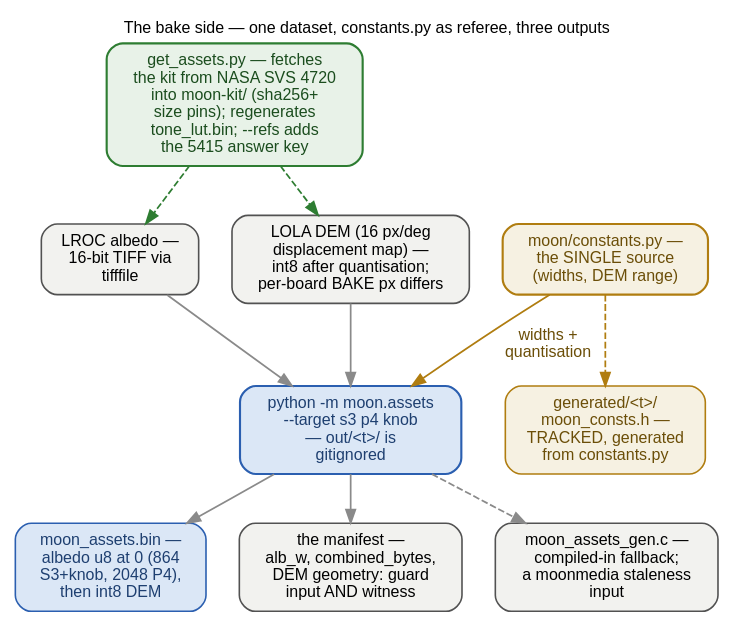
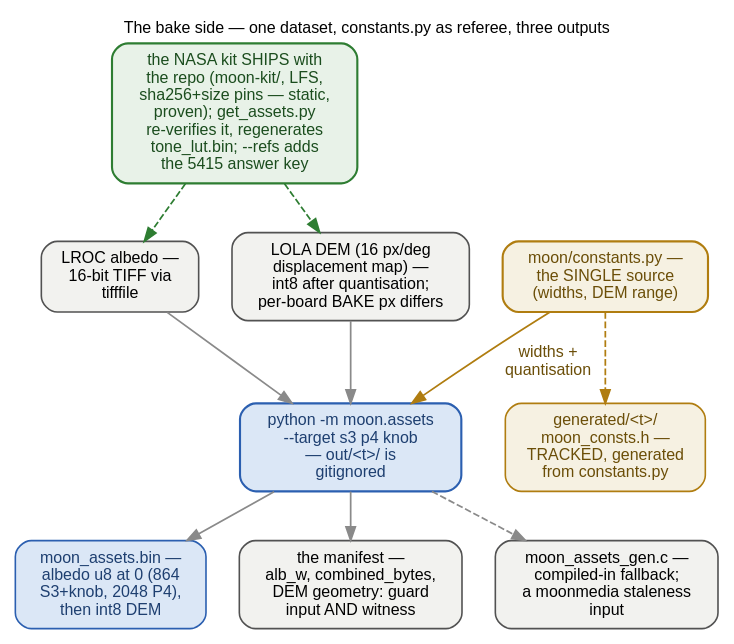
One commit to ukos-git/moon-clock-esp changed the diagram in docs/_graphs/assets-pipeline-bake.dot. Above: the diagram before and after it, drawn with Graphviz. The commit also changed 55 other files, not shown here.

```diff
--- a/docs/_graphs/assets-pipeline-bake.dot
+++ b/docs/_graphs/assets-pipeline-bake.dot
@@ -1,61 +1,63 @@
 // The bake side, opened (verified before drawing):
 //   The sources are shared by all three boards: LROC albedo loaded
 //   16-bit via tifffile + the LOLA DEM — ONE dataset; only the
-//   per-board BAKE resolution differs. get_assets.py re-fetches both
-//   from NASA SVS 4720 into moon-kit/ under sha256+size pins (nothing
-//   binary is committed); the bake then runs offline off that cache.
+//   per-board BAKE resolution differs. The kit SHIPS WITH THE REPO
+//   (moon-kit/, LFS, sha256+size pins — static, proven: one constant
+//   archive digest 2020-2026); get_assets.py re-verifies it (or
+//   re-fetches from the Internet Archive on a failed pin); the bake
+//   then runs offline off the committed sources.
 //   moon/constants.py is the single source of truth (widths, DEM
 //   quantisation range) — so components/moon/generated/<target>/
 //   moon_consts.h is GENERATED from it (TRACKED; docs/reference/
 //   moon-consts.rst single-sources that header).
 //   The CLI: cd assets/images/moon && .venv/bin/python -m moon.assets
 //   --target s3 p4 knob; choices come from constants.TARGETS. The
 //   whole out/<target>/ tree is gitignored and regenerated.
 //   The three outputs: moon_assets.bin — the flashed blob, albedo u8
 //   at offset 0 (864 wide on S3+knob, 2048 on P4) then the int8 DEM
 //   — the moon_assets.h boot contract read by esp_partition_read;
 //   moon_assets_manifest.json — alb_w, combined_bytes, DEM geometry
 //   — the guard's input AND its witness; moon_assets_gen.c — the
 //   compiled-in fallback texture, also a moonmedia staleness input.
 //   The root CMakeLists' FATAL_ERROR trio referees both firmware ends
 //   (see assets-pipeline-guards.dot).
 // The sealed version is assets-pipeline.dot.
 // FONTS: 12 pt = the page's 16 px body text at 1:1 — kept inside the
 // content column.
 // Rendered inline as SVG by sphinx.ext.graphviz (dot on PATH).
 digraph assets_pipeline_bake {
     rankdir=TB;
     label="The bake side — one dataset, constants.py as referee, three outputs";
     labelloc="t"; labeljust="c";
     fontname="Helvetica"; fontsize=12;
     graph [nodesep=0.35, ranksep=0.5];
     node [fontname="Helvetica", fontsize=12, shape=box, style="rounded,filled",
           width=0, height=0, margin="0.16,0.10", fillcolor="#f2f2ef",
           color="#525252", penwidth=1.2];
     edge [fontname="Helvetica", fontsize=12, color="#8a8a8a", penwidth=1.3];
 
-    kit [label="get_assets.py — fetches\nthe kit from NASA SVS 4720\ninto moon-kit/ (sha256+\nsize pins); regenerates\ntone_lut.bin; --refs adds\nthe 5415 answer key",
+    kit [label="the NASA kit SHIPS with\nthe repo (moon-kit/, LFS,\nsha256+size pins — static,\nproven); get_assets.py\nre-verifies it, regenerates\ntone_lut.bin; --refs adds\nthe 5415 answer key",
          fillcolor="#e8f2e8", color="#2e7d32", fontcolor="#1b4d1e", penwidth=1.6];
     albedo [label="LROC albedo —\n16-bit TIFF via\ntifffile"];
     dem [label="LOLA DEM (16 px/deg\ndisplacement map) —\nint8 after quantisation;\nper-board BAKE px differs"];
     consts [label="moon/constants.py —\nthe SINGLE source\n(widths, DEM range)",
             fillcolor="#f6f1e2", color="#b07d10", fontcolor="#6b4e08", penwidth=1.6];
     cli [label="python -m moon.assets\n--target s3 p4 knob\n— out/<t>/ is\ngitignored",
          fillcolor="#dbe7f6", color="#2b5fb0", fontcolor="#1e3f70", penwidth=1.6];
     hdr [label="generated/<t>/\nmoon_consts.h —\nTRACKED, generated\nfrom constants.py",
          fillcolor="#f6f1e2", color="#b07d10", fontcolor="#6b4e08"];
     blob [label="moon_assets.bin —\nalbedo u8 at 0 (864\nS3+knob, 2048 P4),\nthen int8 DEM",
           fillcolor="#dbe7f6", color="#2b5fb0", fontcolor="#1e3f70"];
     mani [label="the manifest —\nalb_w, combined_bytes,\nDEM geometry: guard\ninput AND witness"];
     genc [label="moon_assets_gen.c —\ncompiled-in fallback;\na moonmedia staleness\ninput"];
 
     kit -> albedo [style=dashed, color="#2e7d32"];
     kit -> dem [style=dashed, color="#2e7d32"];
     albedo -> cli;
     dem -> cli;
     consts -> cli [label="widths +\nquantisation", color="#b07d10", fontcolor="#6b4e08"];
     consts -> hdr [style=dashed, color="#b07d10"];
     cli -> blob;
     cli -> mani;
     cli -> genc [style=dashed];
 }
```
